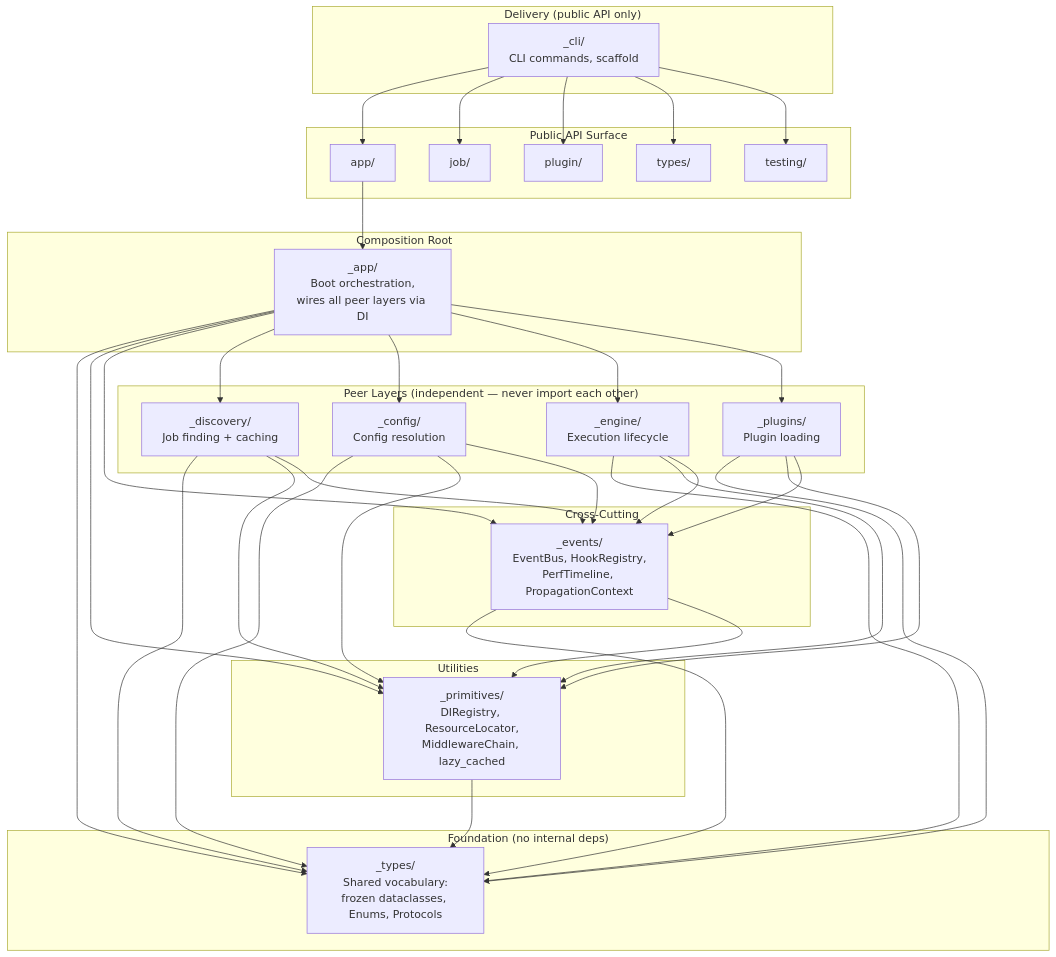
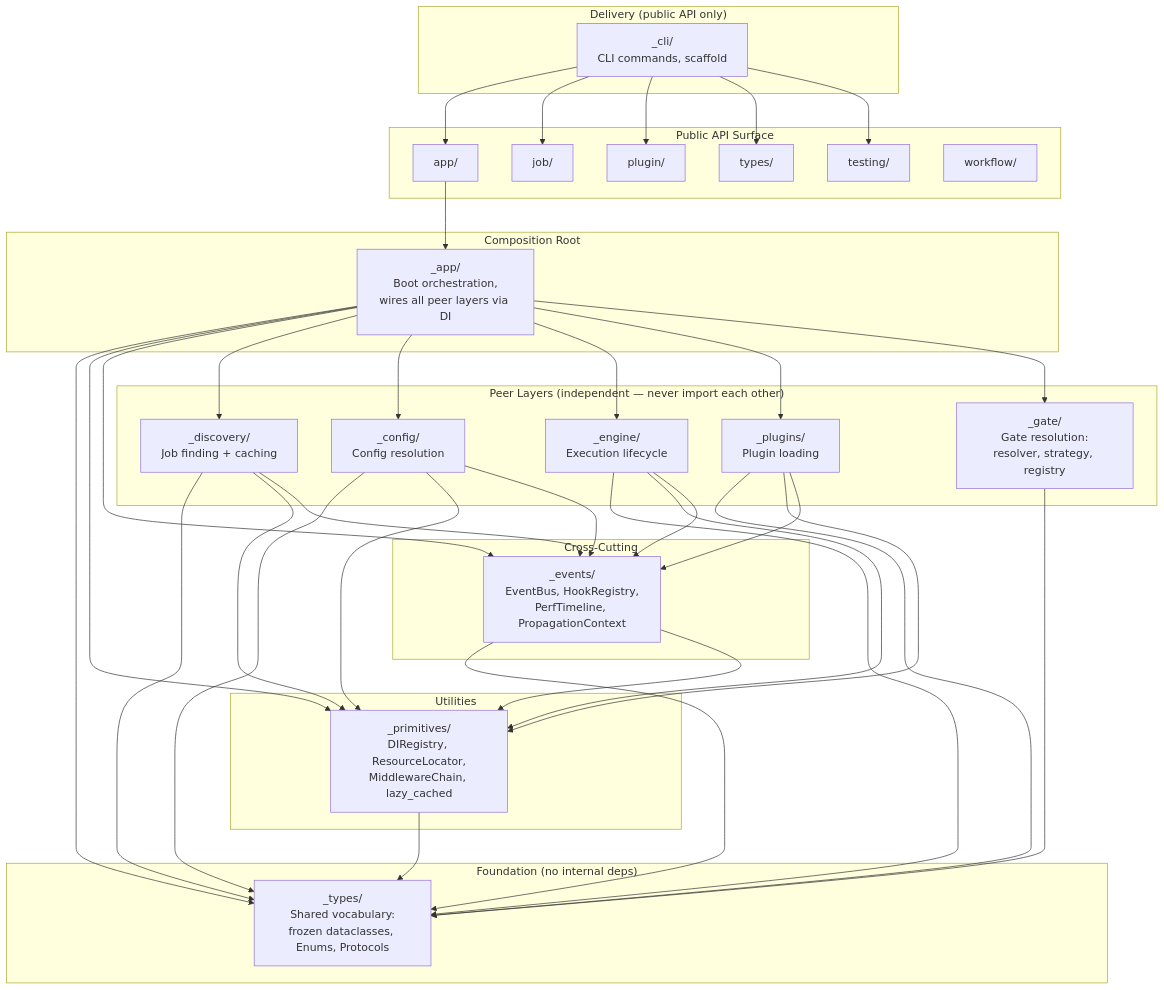
The third of 5 diagrams in docs/guides/architecture.md (raicing-ai/functualize), drawn with Mermaid before and after one commit. The commit also changed other lines of this file and 36 other files, not shown here.

First line of the commit message:
feat: agent retrieval indexes, architecture diagrams, and layer contract enforcement (#32)

````diff
--- a/docs/guides/architecture.md
+++ b/docs/guides/architecture.md
@@ -154,75 +166,79 @@
 ```mermaid
 graph TD
     subgraph Foundation["Foundation (no internal deps)"]
         _types["_types/<br/>Shared vocabulary:<br/>frozen dataclasses, Enums, Protocols"]
     end
 
     subgraph Utilities["Utilities"]
         _primitives["_primitives/<br/>DIRegistry, ResourceLocator,<br/>MiddlewareChain, lazy_cached"]
     end
 
     subgraph CrossCutting["Cross-Cutting"]
         _events["_events/<br/>EventBus, HookRegistry,<br/>PerfTimeline, PropagationContext"]
     end
 
     subgraph PeerLayers["Peer Layers (independent — never import each other)"]
         _discovery["_discovery/<br/>Job finding + caching"]
         _config["_config/<br/>Config resolution"]
         _engine["_engine/<br/>Execution lifecycle"]
         _plugins["_plugins/<br/>Plugin loading"]
+        _gate["_gate/<br/>Gate resolution:<br/>resolver, strategy, registry"]
     end
 
     subgraph CompositionRoot["Composition Root"]
         _app["_app/<br/>Boot orchestration,<br/>wires all peer layers via DI"]
     end
 
     subgraph Delivery["Delivery (public API only)"]
         _cli["_cli/<br/>CLI commands, scaffold"]
     end
 
     subgraph PublicAPI["Public API Surface"]
         pub_app["app/"]
         pub_job["job/"]
         pub_plugin["plugin/"]
         pub_types["types/"]
         pub_testing["testing/"]
+        pub_workflow["workflow/"]
     end
 
     %% Foundation dependencies
     _primitives --> _types
     _events --> _types
     _events --> _primitives
 
     %% Peer layer dependencies (all go to foundation + events)
     _discovery --> _types
     _discovery --> _primitives
     _discovery --> _events
     _config --> _types
     _config --> _primitives
     _config --> _events
     _engine --> _types
     _engine --> _primitives
     _engine --> _events
     _plugins --> _types
     _plugins --> _primitives
     _plugins --> _events
+    _gate --> _types
 
     %% Composition root wires everything
     _app --> _types
     _app --> _primitives
     _app --> _events
     _app --> _discovery
     _app --> _config
     _app --> _engine
     _app --> _plugins
+    _app --> _gate
 
     %% Public API delegates to internals
     pub_app --> _app
 
     %% CLI uses only public API
     _cli --> pub_app
     _cli --> pub_job
     _cli --> pub_plugin
     _cli --> pub_types
     _cli --> pub_testing
 ```
````
